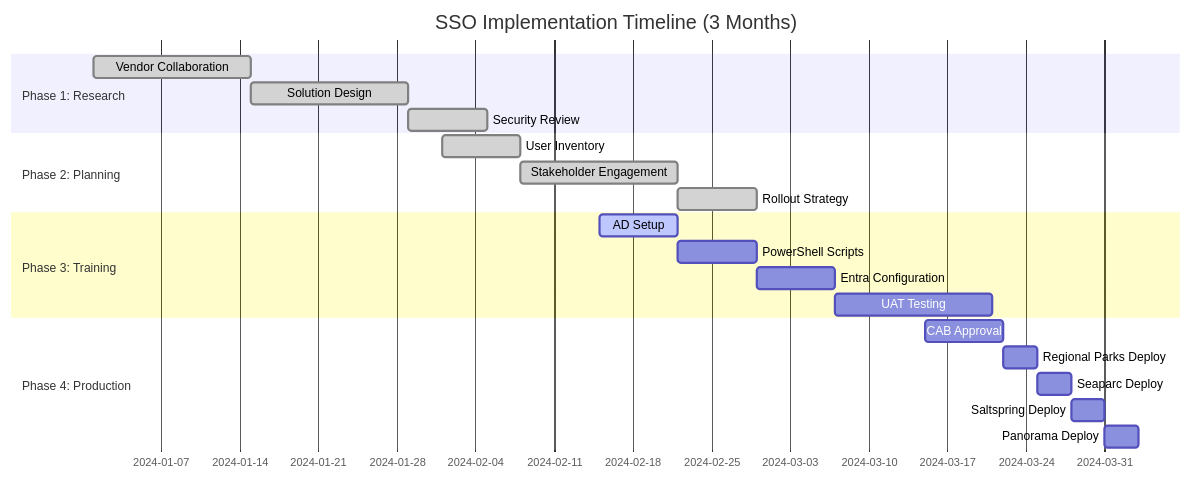
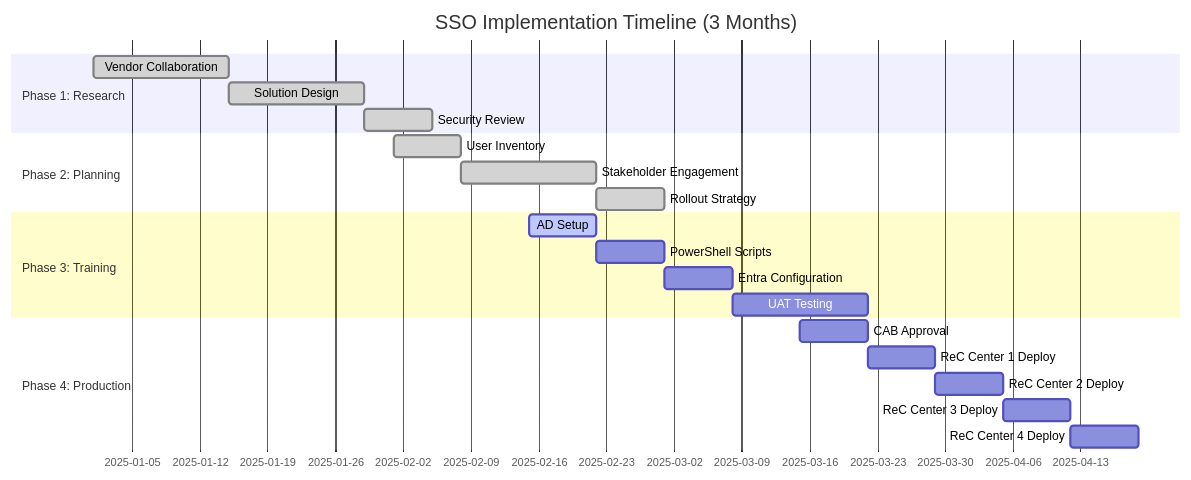
The second of 3 diagrams in docs/blog/2026-01-25-entra-sso.md (data-octo/data-octo.github.io), drawn with Mermaid before and after one commit. The commit also changed 1 other file, not shown here.

Commit message:
Add books

````diff
--- a/docs/blog/2026-01-25-entra-sso.md
+++ b/docs/blog/2026-01-25-entra-sso.md
@@ -104,27 +104,27 @@
 ```mermaid
 gantt
     title SSO Implementation Timeline (3 Months)
     dateFormat  YYYY-MM-DD
     section Phase 1: Research
-    Vendor Collaboration      :done, research1, 2024-01-01, 2w
+    Vendor Collaboration      :done, research1, 2025-01-01, 2w
     Solution Design          :done, research2, after research1, 2w
     Security Review          :done, research3, after research2, 1w
 
     section Phase 2: Planning
-    User Inventory           :done, plan1, 2024-02-01, 1w
+    User Inventory           :done, plan1, 2025-02-01, 1w
     Stakeholder Engagement   :done, plan2, after plan1, 2w
     Rollout Strategy         :done, plan3, after plan2, 1w
 
     section Phase 3: Training
-    AD Setup                 :active, train1, 2024-02-15, 1w
+    AD Setup                 :active, train1, 2025-02-15, 1w
     PowerShell Scripts       :train2, after train1, 1w
     Entra Configuration      :train3, after train2, 1w
     UAT Testing              :train4, after train3, 2w
 
     section Phase 4: Production
-    CAB Approval             :prod1, 2024-03-15, 1w
-    Regional Parks Deploy    :prod2, after prod1, 3d
-    Seaparc Deploy          :prod3, after prod2, 3d
-    Saltspring Deploy       :prod4, after prod3, 3d
-    Panorama Deploy         :prod5, after prod4, 3d
+    CAB Approval             :prod1, 2025-03-15, 1w
+    ReC Center 1 Deploy    :prod2, after prod1, 1w
+    ReC Center 2 Deploy          :prod3, after prod2, 1w
+    ReC Center 3 Deploy       :prod4, after prod3, 1w
+    ReC Center 4 Deploy         :prod5, after prod4, 1w
 ```
````
